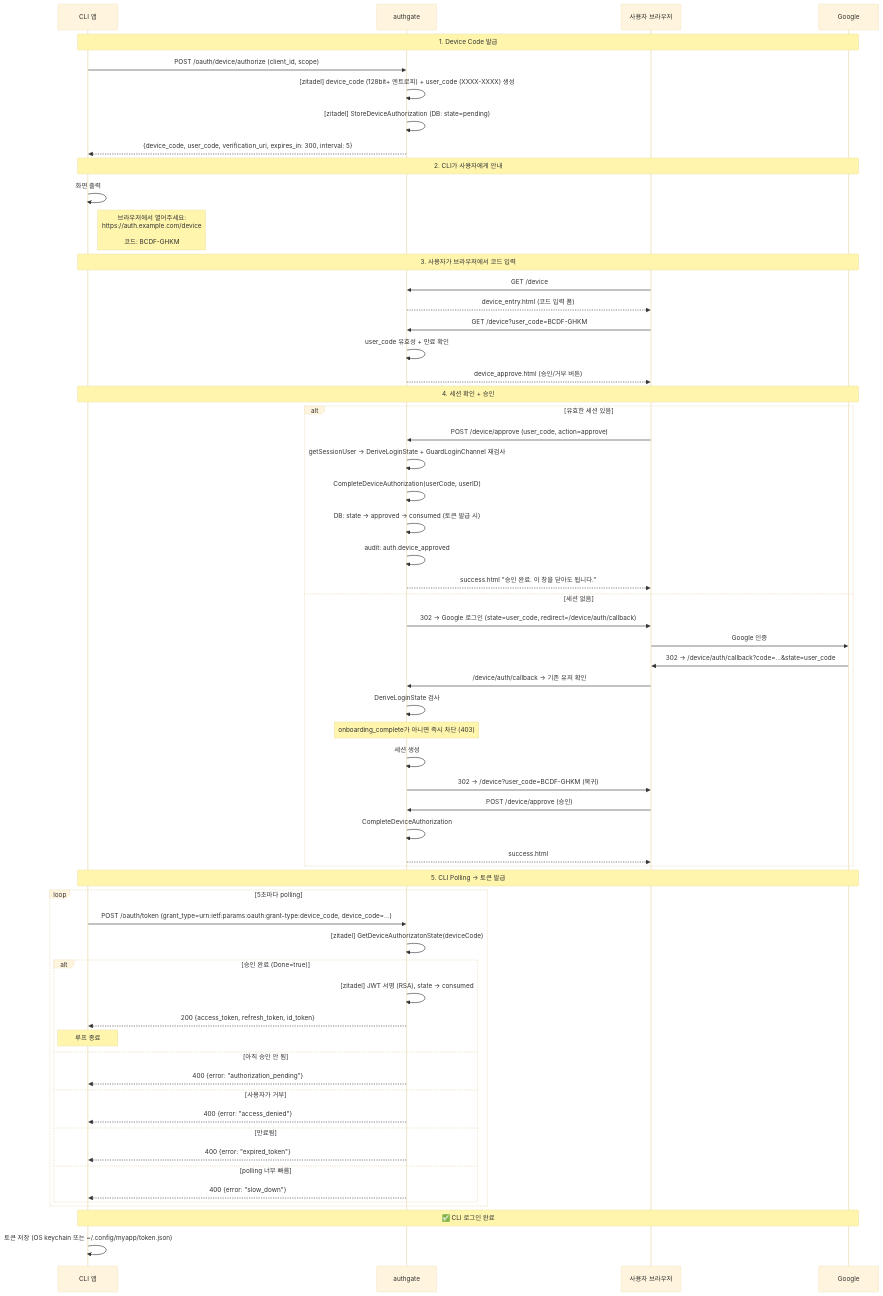
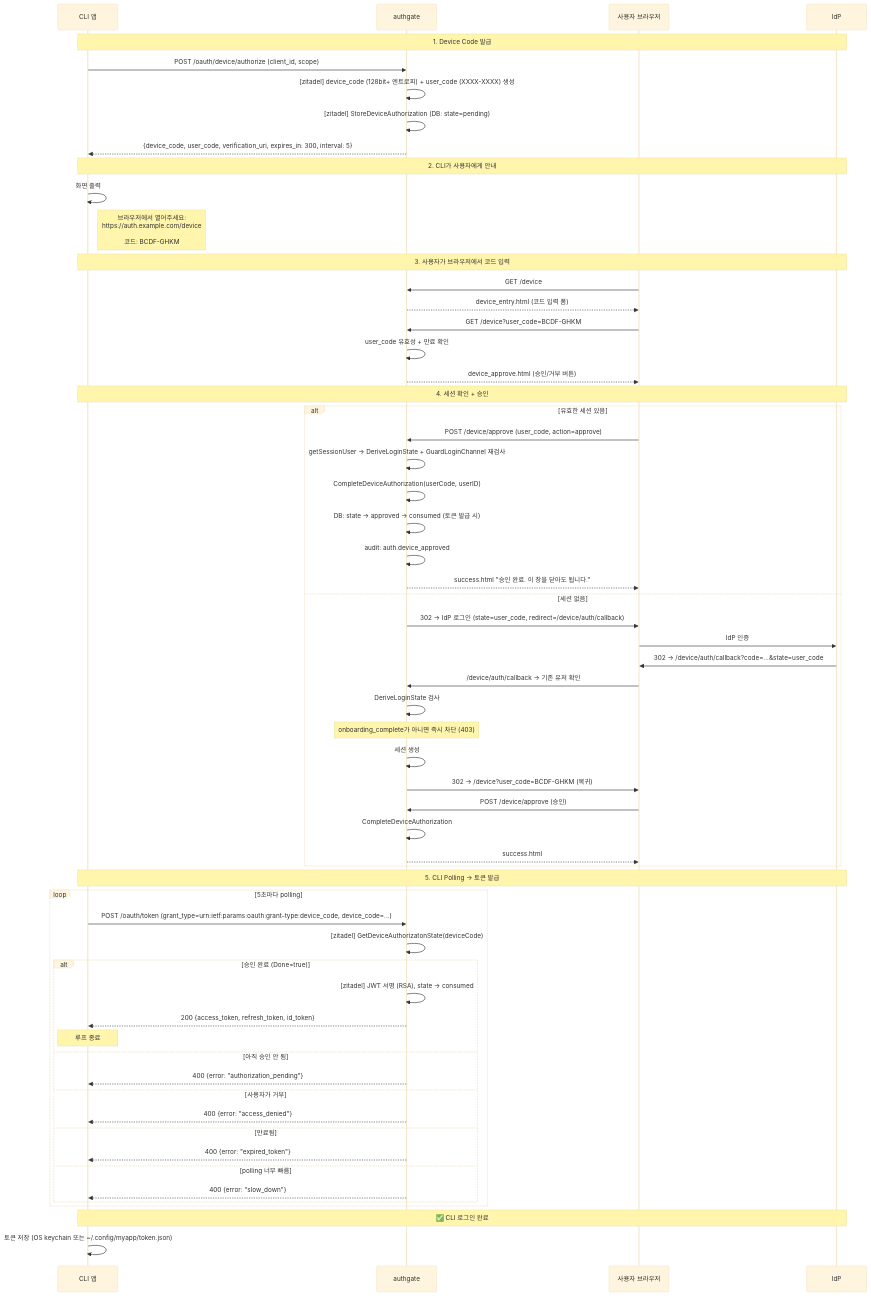
One commit to cagojeiger/authgate changed the first of 2 diagrams in docs/spec/003-device-login.md. Above: the diagram before and after it, drawn with Mermaid (base theme). The commit also changed other lines of this file and 12 other files, not shown here.

````diff
--- a/docs/spec/003-device-login.md
+++ b/docs/spec/003-device-login.md
@@ -38,68 +38,68 @@
 ```mermaid
 sequenceDiagram
     participant CLI as CLI 앱
     participant AG as authgate
     participant U as 사용자 브라우저
-    participant G as Google
+    participant IdP as IdP
 
-    Note over CLI,G: 1. Device Code 발급
+    Note over CLI,IdP: 1. Device Code 발급
     CLI->>AG: POST /oauth/device/authorize (client_id, scope)
     AG->>AG: [zitadel] device_code (128bit+ 엔트로피) + user_code (XXXX-XXXX) 생성
     AG->>AG: [zitadel] StoreDeviceAuthorization (DB: state=pending)
     AG-->>CLI: {device_code, user_code, verification_uri, expires_in: 300, interval: 5}
 
-    Note over CLI,G: 2. CLI가 사용자에게 안내
+    Note over CLI,IdP: 2. CLI가 사용자에게 안내
     CLI->>CLI: 화면 출력
     Note right of CLI: 브라우저에서 열어주세요:<br/>https://auth.example.com/device<br/><br/>코드: BCDF-GHKM
 
-    Note over CLI,G: 3. 사용자가 브라우저에서 코드 입력
+    Note over CLI,IdP: 3. 사용자가 브라우저에서 코드 입력
     U->>AG: GET /device
     AG-->>U: device_entry.html (코드 입력 폼)
     U->>AG: GET /device?user_code=BCDF-GHKM
     AG->>AG: user_code 유효성 + 만료 확인
     AG-->>U: device_approve.html (승인/거부 버튼)
 
-    Note over CLI,G: 4. 세션 확인 + 승인
+    Note over CLI,IdP: 4. 세션 확인 + 승인
     alt 유효한 세션 있음
         U->>AG: POST /device/approve (user_code, action=approve)
         AG->>AG: getSessionUser → DeriveLoginState + GuardLoginChannel 재검사
         AG->>AG: CompleteDeviceAuthorization(userCode, userID)
         AG->>AG: DB: state → approved → consumed (토큰 발급 시)
         AG->>AG: audit: auth.device_approved
         AG-->>U: success.html "승인 완료. 이 창을 닫아도 됩니다."
     else 세션 없음
-        AG->>U: 302 → Google 로그인 (state=user_code, redirect=/device/auth/callback)
-        U->>G: Google 인증
-        G->>U: 302 → /device/auth/callback?code=...&state=user_code
+        AG->>U: 302 → IdP 로그인 (state=user_code, redirect=/device/auth/callback)
+        U->>IdP: IdP 인증
+        IdP->>U: 302 → /device/auth/callback?code=...&state=user_code
         U->>AG: /device/auth/callback → 기존 유저 확인
         AG->>AG: DeriveLoginState 검사
         Note over AG: onboarding_complete가 아니면 즉시 차단 (403)
         AG->>AG: 세션 생성
         AG->>U: 302 → /device?user_code=BCDF-GHKM (복귀)
         U->>AG: POST /device/approve (승인)
         AG->>AG: CompleteDeviceAuthorization
         AG-->>U: success.html
     end
 
-    Note over CLI,G: 5. CLI Polling → 토큰 발급
+    Note over CLI,IdP: 5. CLI Polling → 토큰 발급
     loop 5초마다 polling
         CLI->>AG: POST /oauth/token (grant_type=urn:ietf:params:oauth:grant-type:device_code, device_code=...)
         AG->>AG: [zitadel] GetDeviceAuthorizatonState(deviceCode)
         alt 승인 완료 (Done=true)
             AG->>AG: [zitadel] JWT 서명 (RSA), state → consumed
             AG-->>CLI: 200 {access_token, refresh_token, id_token}
             Note over CLI: 루프 종료
         else 아직 승인 안 됨
             AG-->>CLI: 400 {error: "authorization_pending"}
         else 사용자가 거부
             AG-->>CLI: 400 {error: "access_denied"}
         else 만료됨
             AG-->>CLI: 400 {error: "expired_token"}
         else polling 너무 빠름
             AG-->>CLI: 400 {error: "slow_down"}
         end
     end
 
-    Note over CLI,G: ✅ CLI 로그인 완료
+    Note over CLI,IdP: ✅ CLI 로그인 완료
     CLI->>CLI: 토큰 저장 (OS keychain 또는 ~/.config/myapp/token.json)
 ```
````
